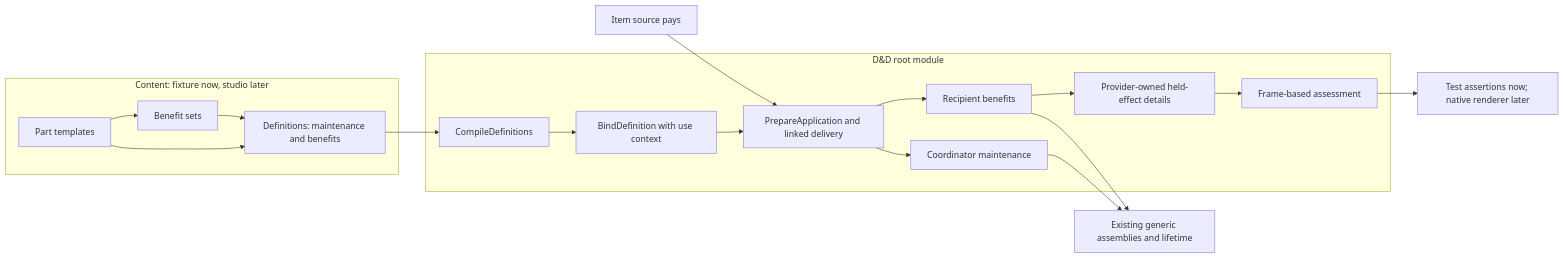
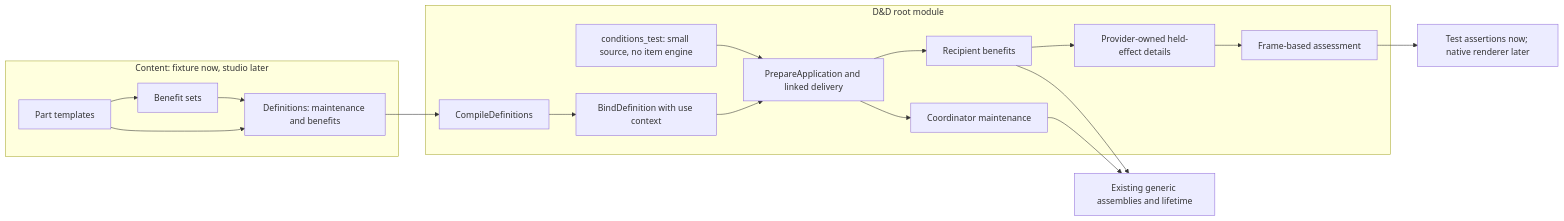
One commit to KirkDiggler/rpg-toolkit changed the diagram in docs/ideas/data-authored-effects/README.md. Above: the diagram before and after it, drawn with Mermaid. The commit also changed other lines of this file and 5 other files, not shown here.

````diff
--- a/docs/ideas/data-authored-effects/README.md
+++ b/docs/ideas/data-authored-effects/README.md
@@ -13,21 +15,21 @@
 ```mermaid
 flowchart LR
     subgraph Authoring["Content: fixture now, studio later"]
         P["Part templates"] --> S["Benefit sets"]
         P --> D["Definitions: maintenance and benefits"]
         S --> D
     end
     subgraph Rulebook["D&D root module"]
         D --> C["CompileDefinitions"]
         C --> B["BindDefinition with use context"]
         B --> A["PrepareApplication and linked delivery"]
         A --> L["Coordinator maintenance"]
         A --> E["Recipient benefits"]
         E --> F["Provider-owned held-effect details"]
         F --> Q["Frame-based assessment"]
+        Source["conditions_test: small source, no item engine"] --> A
     end
-    Item["Item source pays"] --> A
     L --> G["Existing generic assemblies and lifetime"]
     E --> G
     Q --> View["Test assertions now; native renderer later"]
 ```
````
